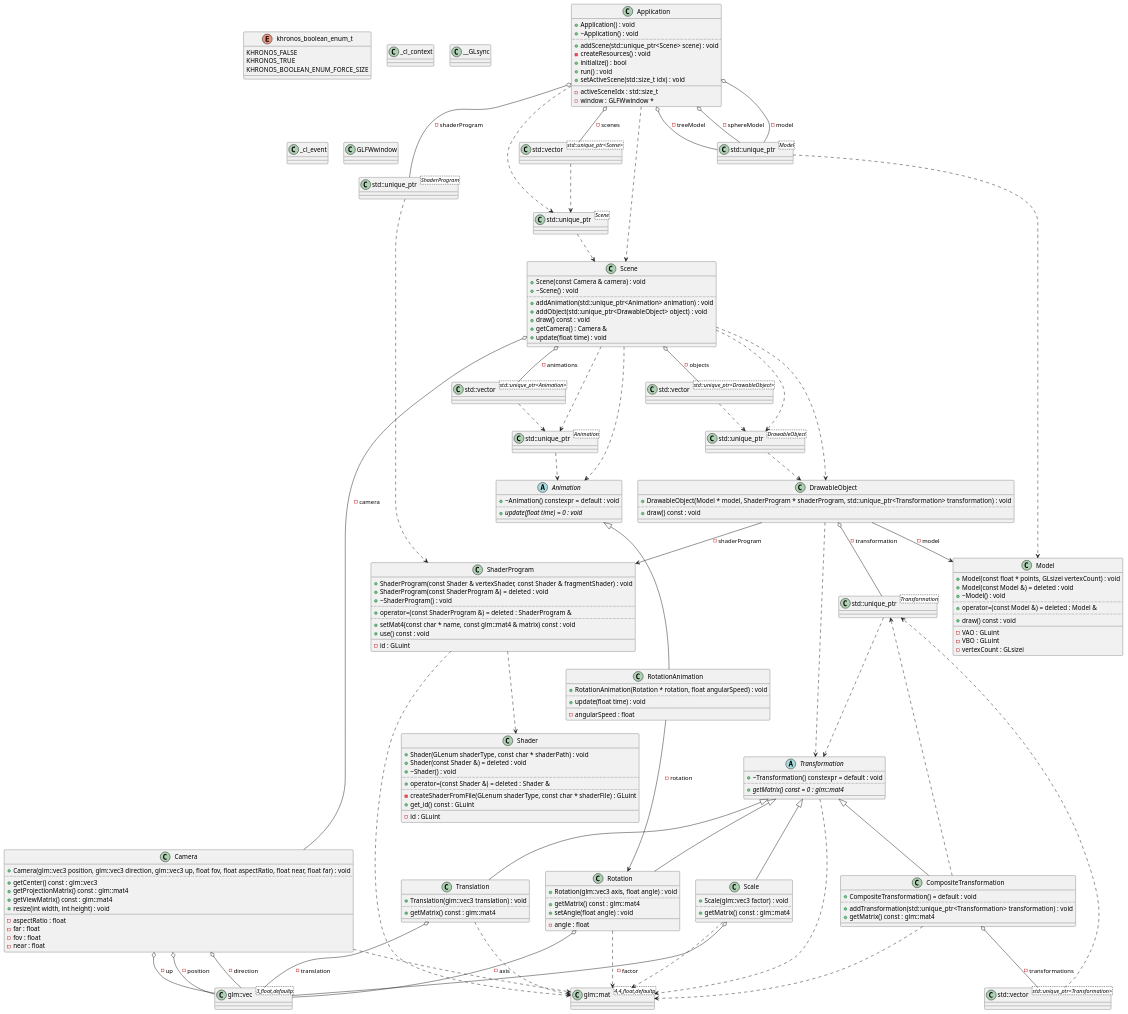
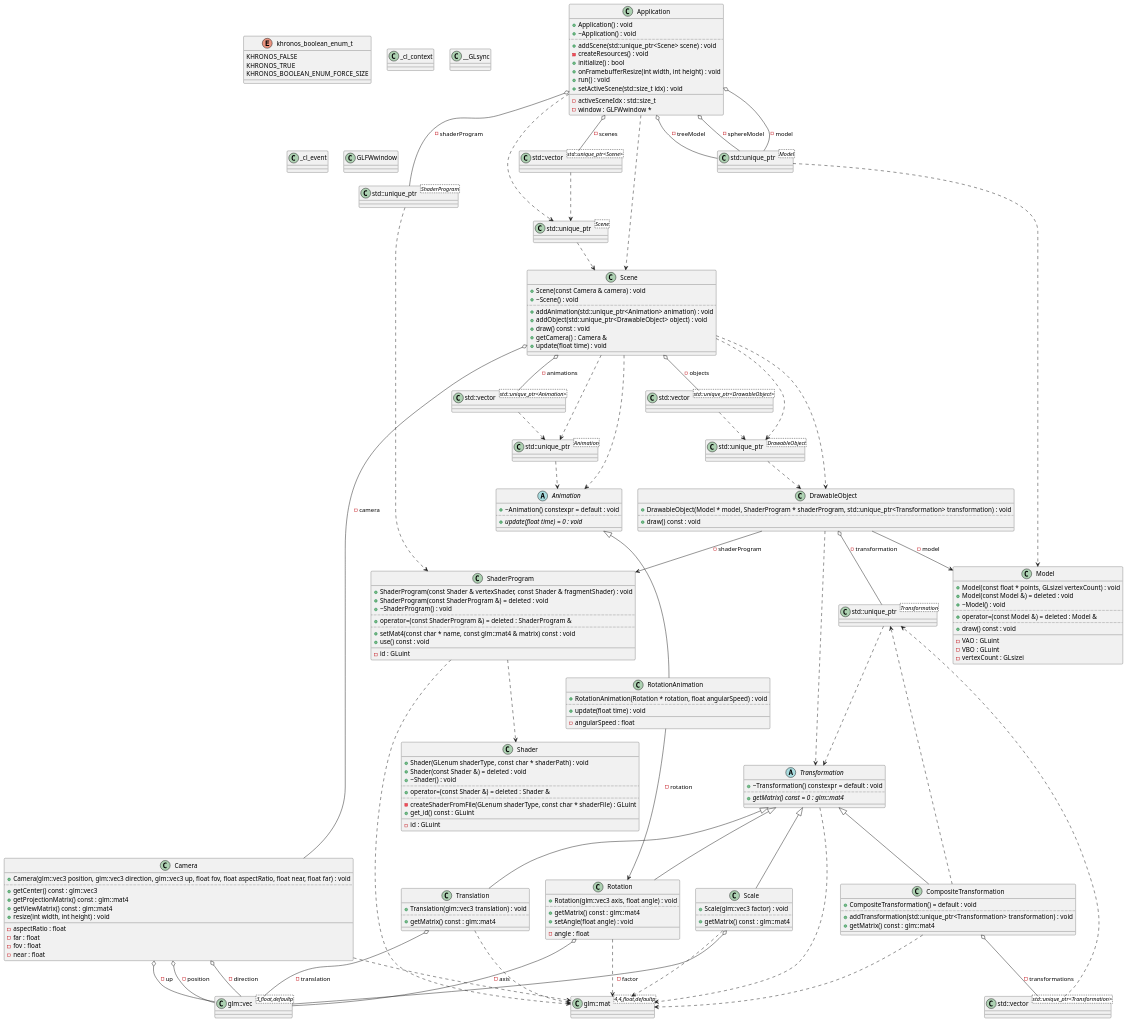
One commit to prezmyl/ZPG-computer-graphics changed the diagram in project/diagrams/architecture.puml. Above: the diagram before and after it, drawn with PlantUML. The commit also changed 4 other files, not shown here.

```diff
--- a/project/diagrams/architecture.puml
+++ b/project/diagrams/architecture.puml
@@ -192,6 +192,7 @@
 +addScene(std::unique_ptr<Scene> scene) : void
 -createResources() : void
 +initialize() : bool
++onFramebufferResize(int width, int height) : void
 +run() : void
 +setActiveScene(std::size_t idx) : void
 __
```
